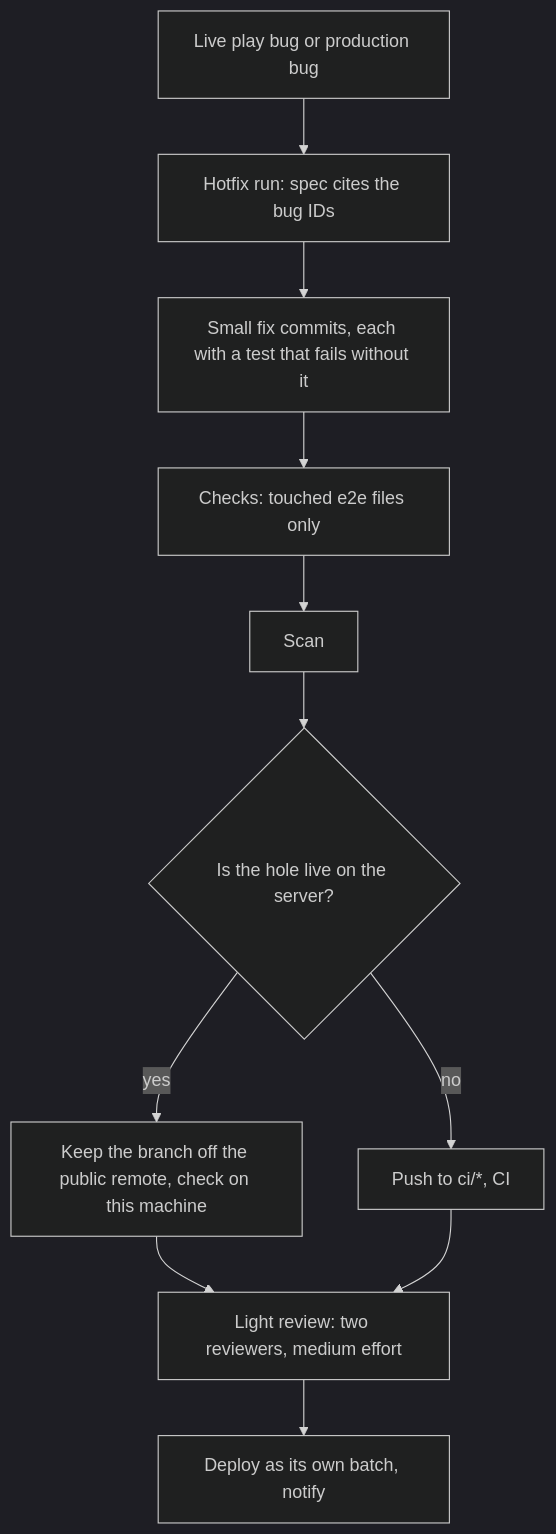
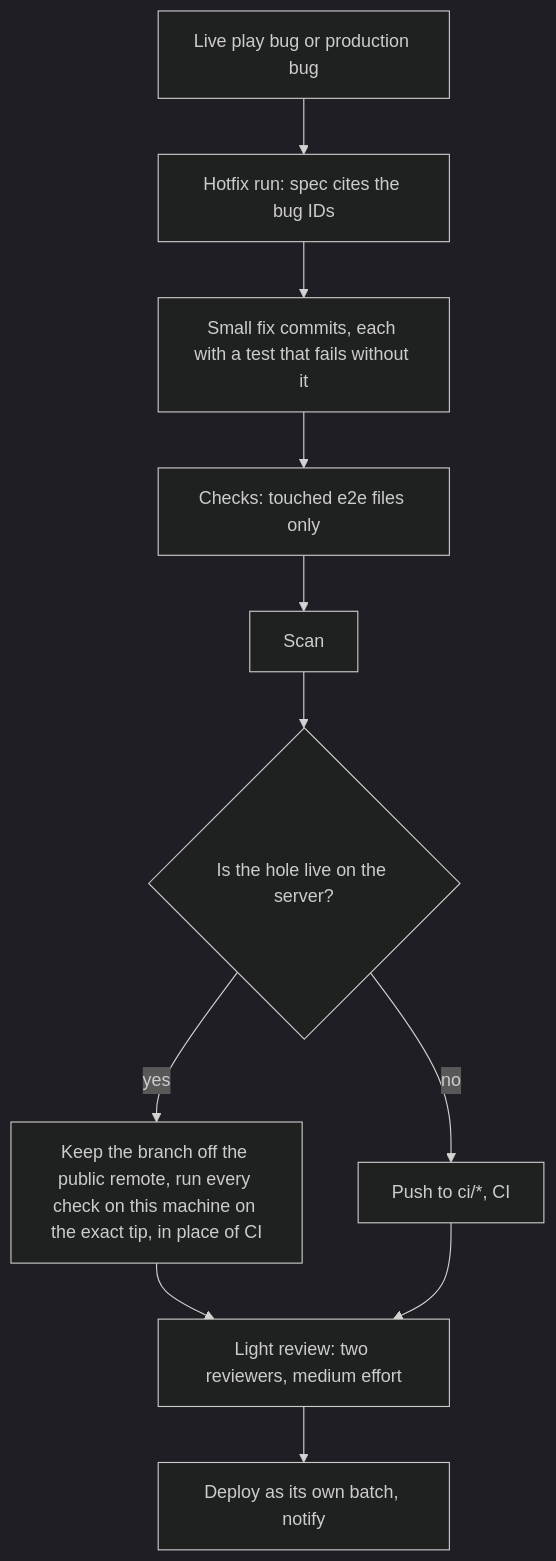
Before and after one commit to jwhitlow45/agent-pipeline: the ninth of 12 diagrams in docs/diagrams.md, drawn with Mermaid (dark theme). The commit also changed other lines of this file and 6 other files, not shown here.

````diff
--- a/docs/diagrams.md
+++ b/docs/diagrams.md
@@ -161,13 +165,13 @@
 ```mermaid
 flowchart TD
     bug["Live play bug or production bug"] --> fixlane["Hotfix run: spec cites the bug IDs"]
     fixlane --> small["Small fix commits, each with a test that fails without it"]
     small --> checks["Checks: touched e2e files only"]
     checks --> scan["Scan"]
     scan --> live{"Is the hole live on the server?"}
-    live -->|"yes"| local["Keep the branch off the public remote, check on this machine"]
+    live -->|"yes"| local["Keep the branch off the public remote, run every check on this machine on the exact tip, in place of CI"]
     live -->|"no"| push["Push to ci/*, CI"]
     local --> light["Light review: two reviewers, medium effort"]
     push --> light
     light --> deploy["Deploy as its own batch, notify"]
 ```
````
